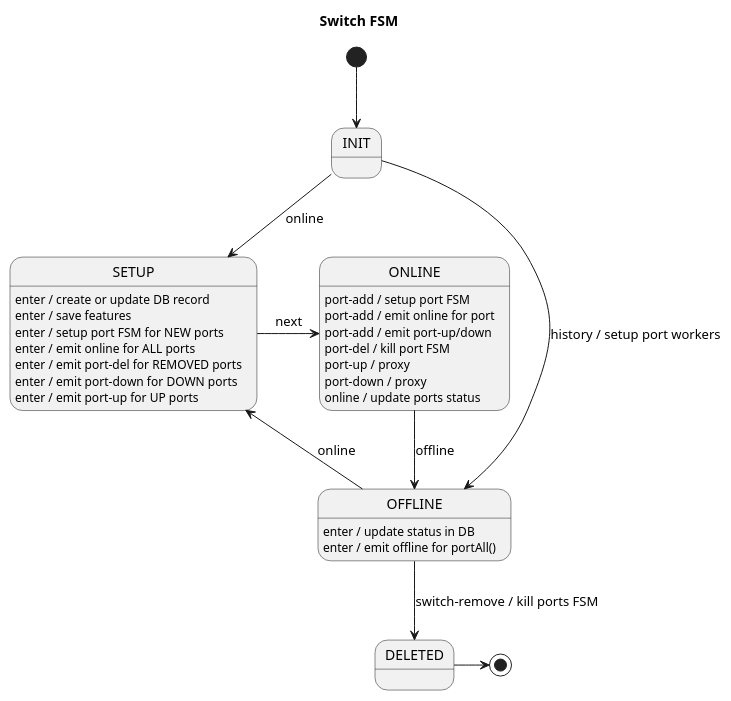
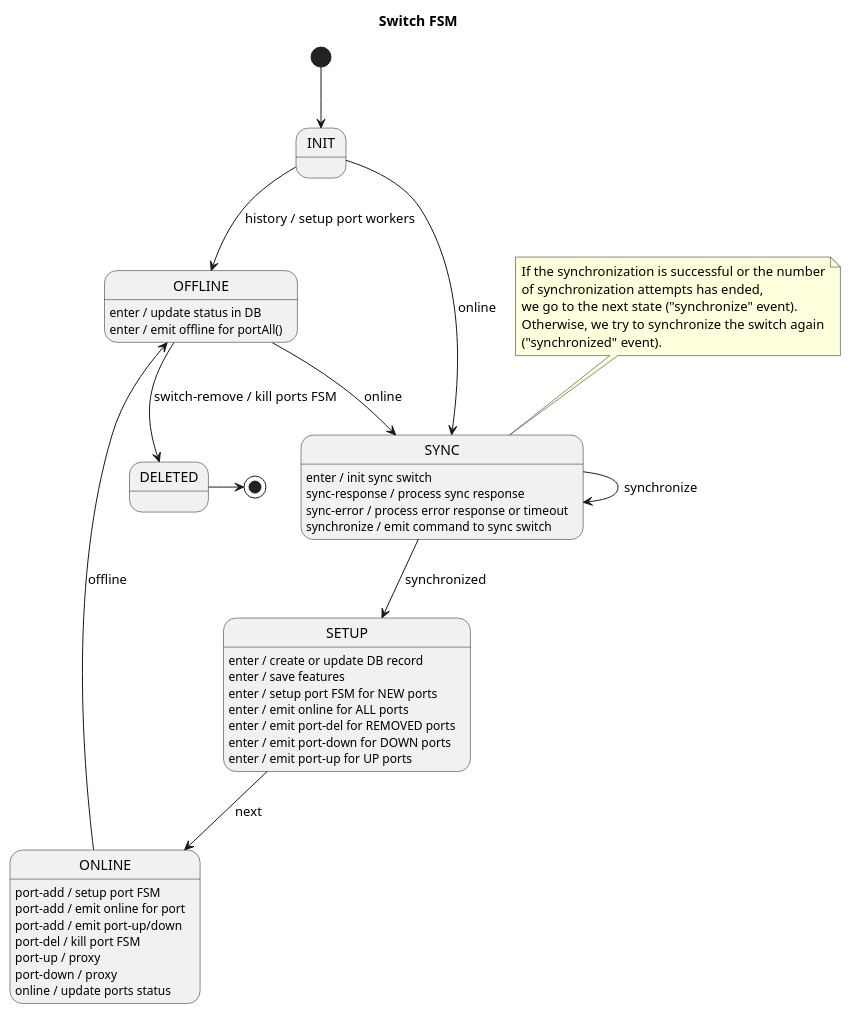
Before and after one commit to telstra/open-kilda: the diagram in docs/design/network-discovery/switch-FSM.puml, drawn with PlantUML. The commit also changed 28 other files, not shown here.

Commit message:
Added switch rules sync when switch activation.

```diff
--- a/docs/design/network-discovery/switch-FSM.puml
+++ b/docs/design/network-discovery/switch-FSM.puml
@@ -22,33 +22,41 @@
 @startuml
 title Switch FSM
 
 [*] --> INIT
 
 INIT --> OFFLINE : history / setup port workers
-INIT --> SETUP : online
+INIT --> SYNC : online
+
+SYNC : enter / init sync switch
+SYNC : sync-response / process sync response
+SYNC : sync-error / process error response or timeout
+SYNC : synchronize / emit command to sync switch
+SYNC --> SYNC : synchronize
+note top: If the synchronization is successful or the number\nof synchronization attempts has ended,\nwe go to the next state ("synchronize" event).\nOtherwise, we try to synchronize the switch again\n("synchronized" event).
+SYNC --> SETUP : synchronized
 
 SETUP : enter / create or update DB record
 SETUP : enter / save features
 SETUP : enter / setup port FSM for NEW ports
 SETUP : enter / emit online for ALL ports
 SETUP : enter / emit port-del for REMOVED ports
 SETUP : enter / emit port-down for DOWN ports
 SETUP : enter / emit port-up for UP ports
-SETUP -r-> ONLINE : next
+SETUP --> ONLINE : next
 
 ONLINE : port-add / setup port FSM
 ONLINE : port-add / emit online for port
 ONLINE : port-add / emit port-up/down
 ONLINE : port-del / kill port FSM
 ONLINE : port-up / proxy
 ONLINE : port-down / proxy
 ONLINE : online / update ports status
 ONLINE --> OFFLINE : offline
 
 OFFLINE : enter / update status in DB
 OFFLINE : enter / emit offline for portAll()
-OFFLINE --> SETUP : online
+OFFLINE --> SYNC : online
 OFFLINE --> DELETED: switch-remove / kill ports FSM
 DELETED -> [*]
 
 @enduml
```
